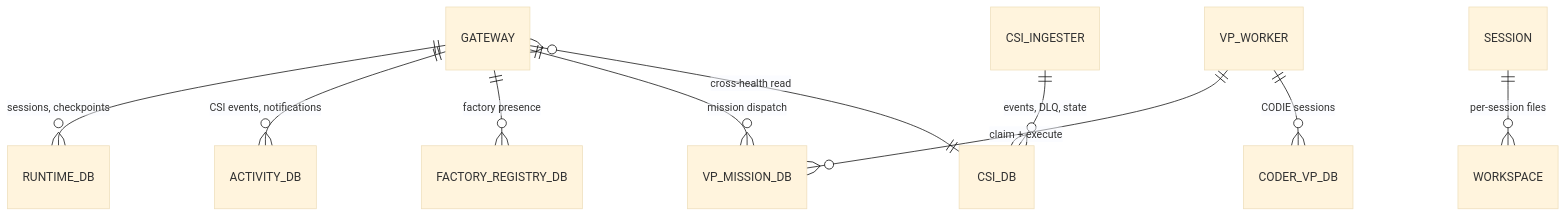
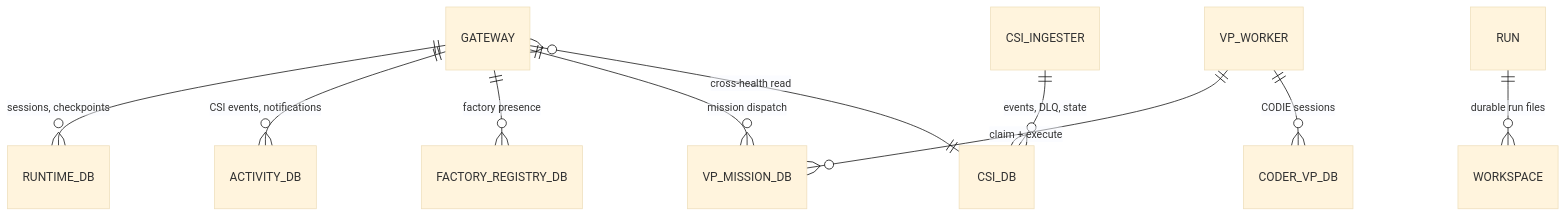
One commit to Kjdragan/universal_agent changed the third of 3 diagrams in docs/01_Architecture/01_System_Architecture_Overview.md. Above: the diagram before and after it, drawn with Mermaid (base theme). The commit also changed other lines of this file and 118 other files, not shown here.

First line of the commit message:
feat: run/attempt lifecycle, nomenclature migration, workflow admission, and workspace catalog

````diff
--- a/docs/01_Architecture/01_System_Architecture_Overview.md
+++ b/docs/01_Architecture/01_System_Architecture_Overview.md
@@ -249,12 +249,12 @@
 ```mermaid
 erDiagram
     GATEWAY ||--o{ RUNTIME_DB : "sessions, checkpoints"
     GATEWAY ||--o{ ACTIVITY_DB : "CSI events, notifications"
     GATEWAY ||--o{ FACTORY_REGISTRY_DB : "factory presence"
     GATEWAY ||--o{ VP_MISSION_DB : "mission dispatch"
     VP_WORKER ||--o{ VP_MISSION_DB : "claim + execute"
     VP_WORKER ||--o{ CODER_VP_DB : "CODIE sessions"
     CSI_INGESTER ||--o{ CSI_DB : "events, DLQ, state"
     GATEWAY }o--|| CSI_DB : "cross-health read"
-    SESSION ||--o{ WORKSPACE : "per-session files"
+    RUN ||--o{ WORKSPACE : "durable run files"
 ```
````
